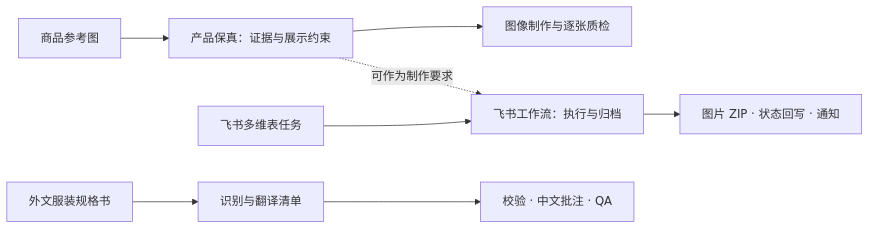
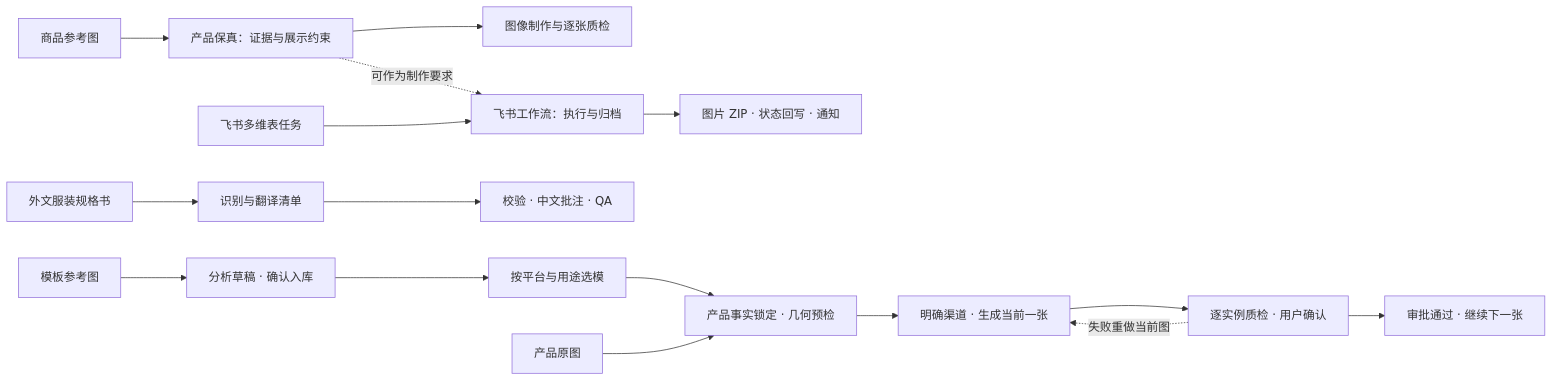
Before and after one commit to Chris-haha/chris-skills: the first of 2 diagrams in README.md, drawn with Mermaid. The commit also changed other lines of this file and 79 other files, not shown here.

````diff
--- a/README.md
+++ b/README.md
@@ -171,10 +215,18 @@
 ```mermaid
 flowchart LR
     A[商品参考图] --> B[产品保真：证据与展示约束]
     B --> C[图像制作与逐张质检]
     D[飞书多维表任务] --> E[飞书工作流：执行与归档]
     E --> F[图片 ZIP · 状态回写 · 通知]
     B -. 可作为制作要求 .-> E
     G[外文服装规格书] --> H[识别与翻译清单]
     H --> I[校验 · 中文批注 · QA]
+    J[模板参考图] --> K[分析草稿 · 确认入库]
+    K --> L[按平台与用途选模]
+    M[产品原图] --> N[产品事实锁定 · 几何预检]
+    L --> N
+    N --> O[明确渠道 · 生成当前一张]
+    O --> P[逐实例质检 · 用户确认]
+    P --> Q[审批通过 · 继续下一张]
+    P -. 失败重做当前图 .-> O
 ```
````
